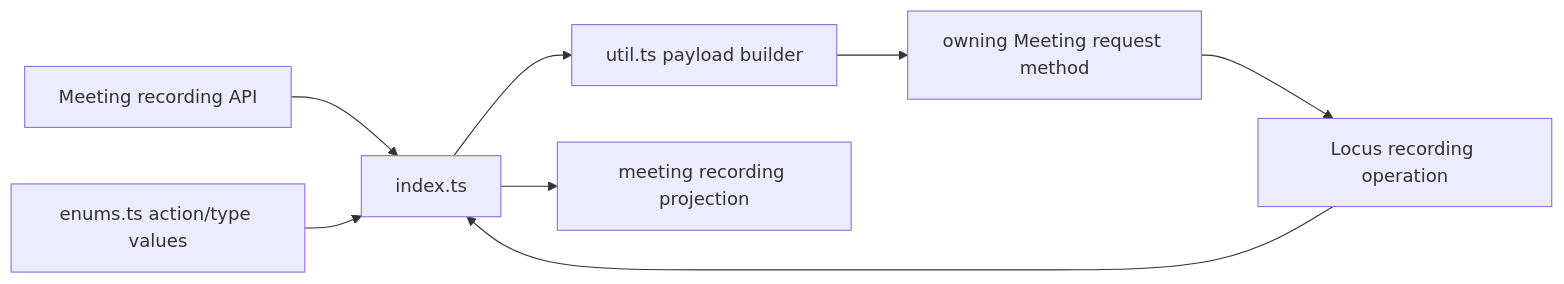
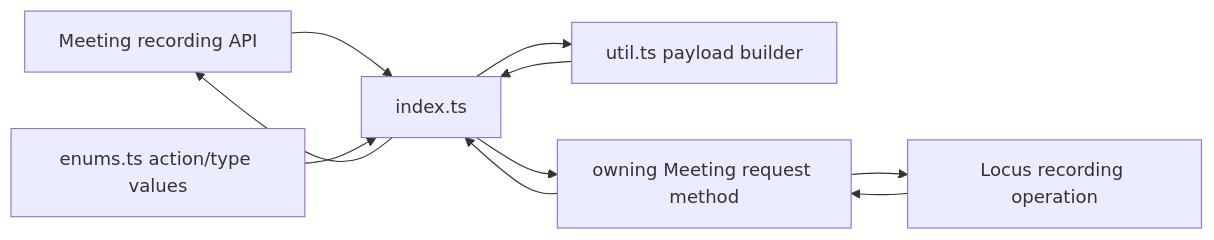
The first of 4 diagrams in packages/@webex/plugin-meetings/src/recording-controller/ai-docs/recording-controller-spec.md (webex/webex-js-sdk), drawn with Mermaid before and after one commit. The commit also changed other lines of this file and 24 other files, not shown here.

````diff
--- a/packages/@webex/plugin-meetings/src/recording-controller/ai-docs/recording-controller-spec.md
+++ b/packages/@webex/plugin-meetings/src/recording-controller/ai-docs/recording-controller-spec.md
@@ -98,10 +100,12 @@
 ```mermaid
 flowchart LR
   Consumer[Meeting recording API] --> Controller[index.ts]
   Enums[enums.ts action/type values] --> Controller
   Controller --> Util[util.ts payload builder]
-  Util --> Meeting[owning Meeting request method]
+  Util --> Controller
+  Controller --> Meeting[owning Meeting request method]
   Meeting --> Locus[Locus recording operation]
-  Locus --> Controller
-  Controller --> State[meeting recording projection]
+  Locus --> Meeting
+  Meeting --> Controller
+  Controller --> Consumer
 ```
````
